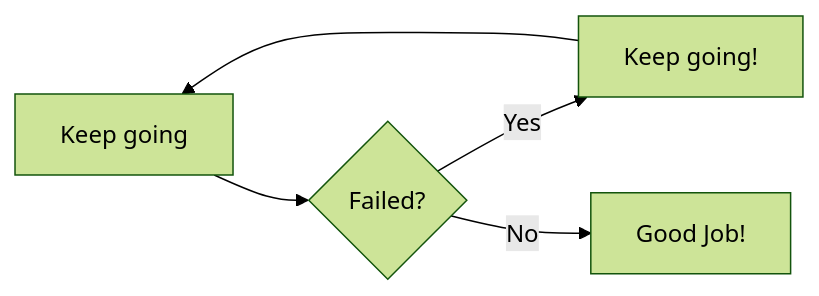
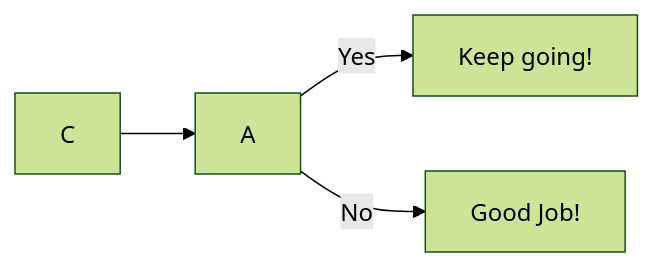
Before and after one commit to bexson/PracticeInterview: the second of 2 diagrams in src/test/java/com/libraryCT/diagramsP/ReadME.md, drawn with Mermaid (forest theme). The commit also changed other lines of this file, not shown here.

````diff
--- a/src/test/java/com/libraryCT/diagramsP/ReadME.md
+++ b/src/test/java/com/libraryCT/diagramsP/ReadME.md
@@ -10,7 +36,6 @@
 ```mermaid
 graph LR;
-    A[Keep going] --> B{Failed?}
-    B -- Yes --> C[Keep going!]
-    B -- No --> E[Good Job!]
+    A -- Yes --> B[Keep going!]
+    A -- No --> E[Good Job!]
     C --> A
 ```
````
